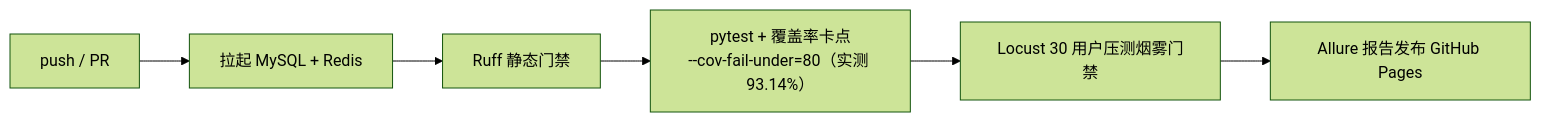
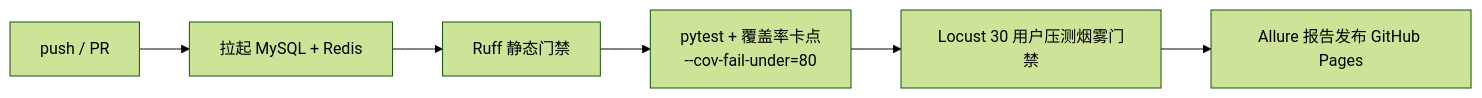
Before and after one commit to ARieS719/AutoQA-Lab: the second of 2 diagrams in README.md, drawn with Mermaid (forest theme). The commit also changed other lines of this file and 1 other file, not shown here.

````diff
--- a/README.md
+++ b/README.md
@@ -165,8 +124,8 @@
 ```mermaid
 flowchart LR
     PUSH[push / PR] --> INFRA[拉起 MySQL + Redis]
     INFRA --> LINT[Ruff 静态门禁]
-    LINT --> TEST["pytest + 覆盖率卡点<br/>--cov-fail-under=80（实测 93.14%）"]
+    LINT --> TEST["pytest + 覆盖率卡点<br/>--cov-fail-under=80"]
     TEST --> SMOKE[Locust 30 用户压测烟雾门禁]
     SMOKE --> ALLURE[Allure 报告发布 GitHub Pages]
 ```
````
